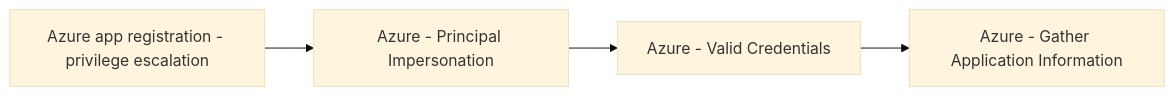
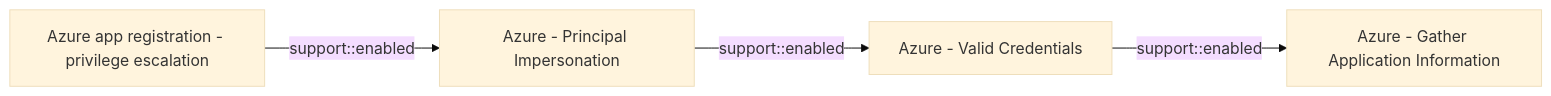
One commit to opentidehq/library changed the diagram in docs/threats/azure-app-registration-privilege-escalation.md. Above: the diagram before and after it, drawn with Mermaid (base theme). The commit also changed other lines of this file and 277 other files, not shown here.

````diff
--- a/docs/threats/azure-app-registration-privilege-escalation.md
+++ b/docs/threats/azure-app-registration-privilege-escalation.md
@@ -51,10 +84,10 @@
 ```mermaid
 flowchart LR
 c7e260d8_d391_41eb_be1a_7f276c99b383["Azure app registration - privilege escalation"]
 bb2501d5_99c7_44a6_ac5a_9510102d6611["Azure - Principal Impersonation"]
 2743bf18_3b86_4721_bf3e_153dcda0b149["Azure - Valid Credentials"]
 fe6827f2_efb4_43b3_9ca3_b7d417111b32["Azure - Gather Application Information"]
-c7e260d8_d391_41eb_be1a_7f276c99b383 --> bb2501d5_99c7_44a6_ac5a_9510102d6611
-bb2501d5_99c7_44a6_ac5a_9510102d6611 --> 2743bf18_3b86_4721_bf3e_153dcda0b149
-2743bf18_3b86_4721_bf3e_153dcda0b149 --> fe6827f2_efb4_43b3_9ca3_b7d417111b32
+c7e260d8_d391_41eb_be1a_7f276c99b383 -->|support::enabled| bb2501d5_99c7_44a6_ac5a_9510102d6611
+bb2501d5_99c7_44a6_ac5a_9510102d6611 -->|support::enabled| 2743bf18_3b86_4721_bf3e_153dcda0b149
+2743bf18_3b86_4721_bf3e_153dcda0b149 -->|support::enabled| fe6827f2_efb4_43b3_9ca3_b7d417111b32
 ```
````
